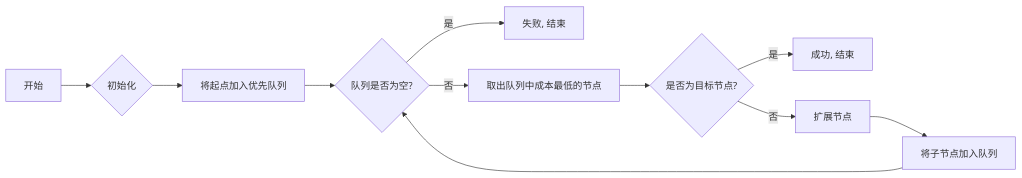
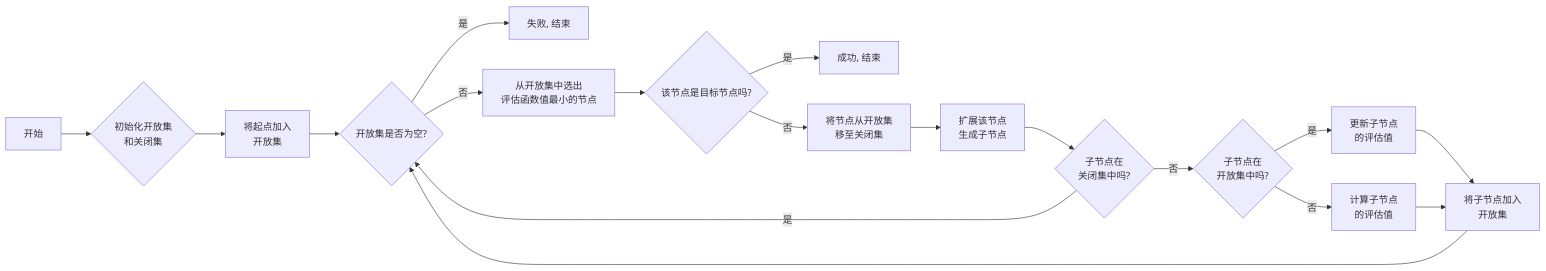
One commit to SeeleWelt/iodraw-files changed the diagram in all/未命名-2.md. Above: the diagram before and after it, drawn with Mermaid.

Commit message:
2025-04-20 18:02:03 update

````diff
--- a/all/未命名-2.md
+++ b/all/未命名-2.md
@@ -1,14 +1,21 @@
 ```mermaid
 graph LR
-    A[开始] --> B{初始化}
-    B --> C[将起点加入优先队列]
-    C --> D{队列是否为空?}
-    D -- 是 --> G[失败, 结束]
-    D -- 否 --> E[取出队列中成本最低的节点]
-    E --> F{是否为目标节点?}
-    F -- 是 --> H[成功, 结束]
-    F -- 否 --> I[扩展节点]
-    I --> J[将子节点加入队列]
-    J --> D
+    A[开始] --> B{初始化开放集<br>和关闭集}
+    B --> C[将起点加入<br>开放集]
+    C --> D{开放集是否为空?}
+    D -- 是 --> H[失败, 结束]
+    D -- 否 --> E[从开放集中选出<br>评估函数值最小的节点]
+    E --> F{该节点是目标节点吗?}
+    F -- 是 --> I[成功, 结束]
+    F -- 否 --> G[将节点从开放集<br>移至关闭集]
+    G --> J[扩展该节点<br>生成子节点]
+    J --> K{子节点在<br>关闭集中吗?}
+    K -- 是 --> D
+    K -- 否 --> L{子节点在<br>开放集中吗?}
+    L -- 是 --> M[更新子节点<br>的评估值]
+    L -- 否 --> N[计算子节点<br>的评估值]
+    M --> O[将子节点加入<br>开放集]
+    N --> O
+    O --> D
 
 ```
````
